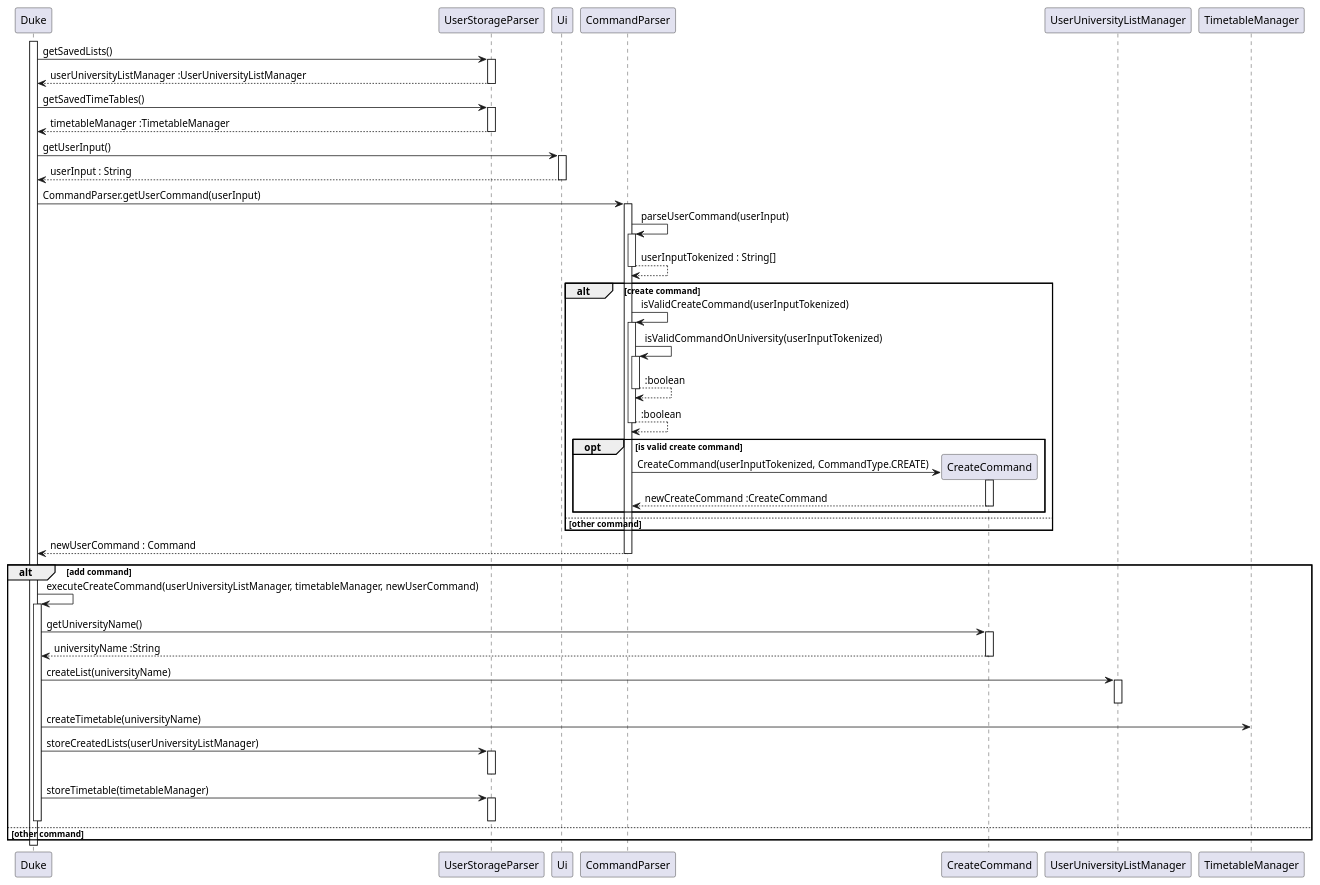
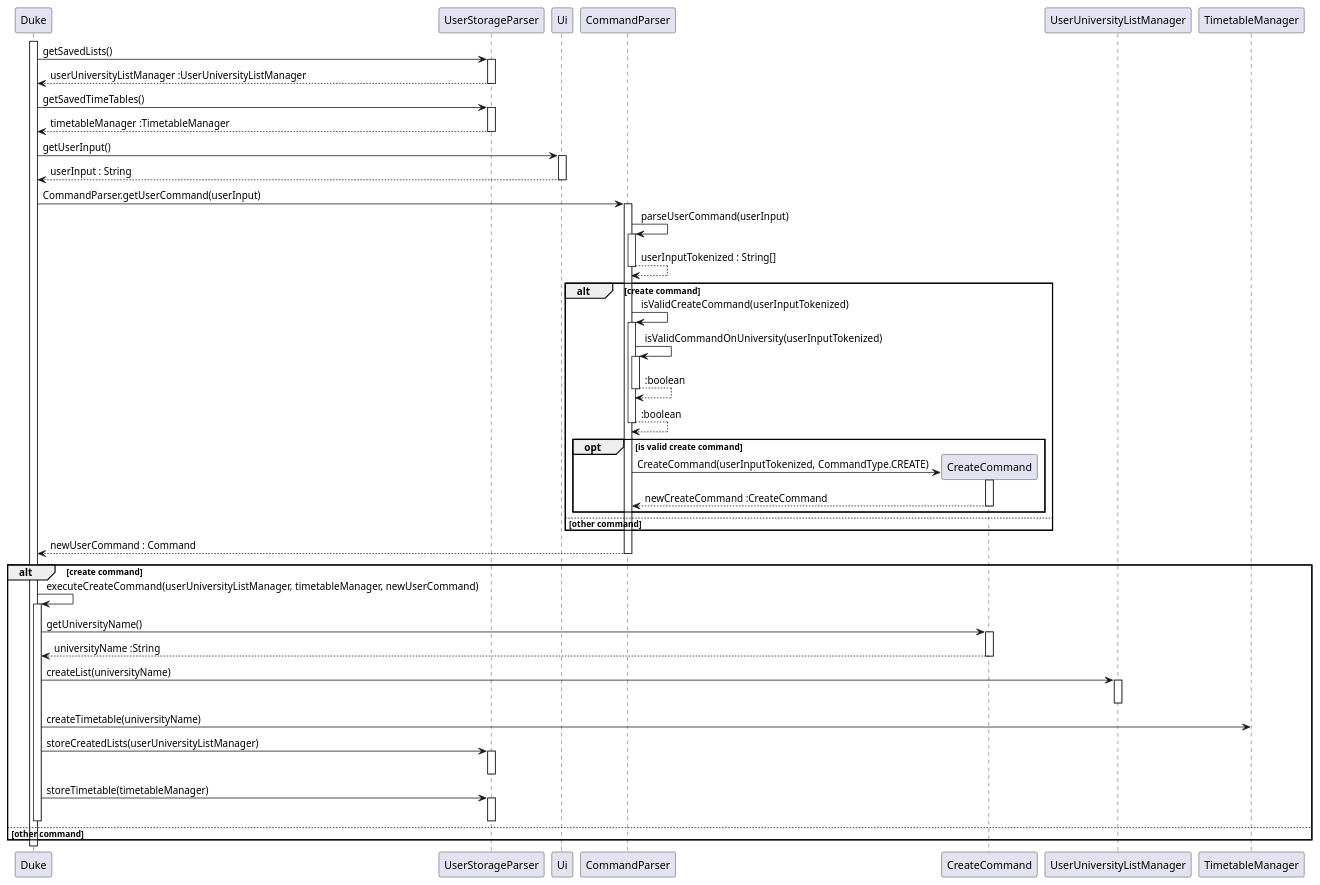
Before and after one commit to nus-cs2113-AY2223S1/tp: the diagram in docs/diagrams/CreateCommand_Sequence.puml, drawn with PlantUML. The commit also changed 15 other files, not shown here.

Commit message:
Fix Command sequence diagrams for DeveloperGuide

```diff
--- a/docs/diagrams/CreateCommand_Sequence.puml
+++ b/docs/diagrams/CreateCommand_Sequence.puml
@@ -1,98 +1,95 @@
 @startuml
 
 activate Duke
 
 Duke -> UserStorageParser : getSavedLists()
 activate UserStorageParser
 
 UserStorageParser --> Duke : userUniversityListManager :UserUniversityListManager
 deactivate UserStorageParser
 
 Duke -> UserStorageParser : getSavedTimeTables()
 activate UserStorageParser
 
 UserStorageParser --> Duke : timetableManager :TimetableManager
 deactivate UserStorageParser
 
 Duke -> Ui : getUserInput()
 activate Ui
 
 Ui --> Duke : userInput : String
 deactivate Ui
 
 Duke -> CommandParser : CommandParser.getUserCommand(userInput)
 activate CommandParser
 
 CommandParser -> CommandParser : parseUserCommand(userInput)
 activate CommandParser
 
 CommandParser --> CommandParser : userInputTokenized : String[]
 deactivate CommandParser
 
 alt create command
 
     CommandParser -> CommandParser : isValidCreateCommand(userInputTokenized)
     activate CommandParser
 
     CommandParser -> CommandParser : isValidCommandOnUniversity(userInputTokenized)
     activate CommandParser
 
     CommandParser --> CommandParser : :boolean
     deactivate CommandParser
 
     CommandParser --> CommandParser : :boolean
     deactivate CommandParser
 
     opt is valid create command
 
         create CreateCommand
         CommandParser -> CreateCommand : CreateCommand(userInputTokenized, CommandType.CREATE)
         activate CreateCommand
 
         CreateCommand --> CommandParser : newCreateCommand :CreateCommand
         deactivate CreateCommand
     end
 
 else other command
 
 end
 
 CommandParser --> Duke : newUserCommand : Command
 deactivate CommandParser
 
-alt add command
+alt create command
 
 Duke -> Duke : executeCreateCommand(userUniversityListManager, timetableManager, newUserCommand)
 activate Duke
 
     Duke -> CreateCommand : getUniversityName()
     activate CreateCommand
 
     CreateCommand --> Duke : universityName :String
     deactivate CreateCommand
 
     Duke -> UserUniversityListManager : createList(universityName)
     activate UserUniversityListManager
 
     deactivate UserUniversityListManager
 
     Duke -> TimetableManager : createTimetable(universityName)
 
     Duke -> UserStorageParser : storeCreatedLists(userUniversityListManager)
     activate UserStorageParser
 
     deactivate UserStorageParser
 
     Duke -> UserStorageParser : storeTimetable(timetableManager)
     activate UserStorageParser
 
     deactivate UserStorageParser
-
+deactivate Duke
 else other command
-deactivate Duke
-
 end
 
-deactivate Duke
 
 @enduml
```
